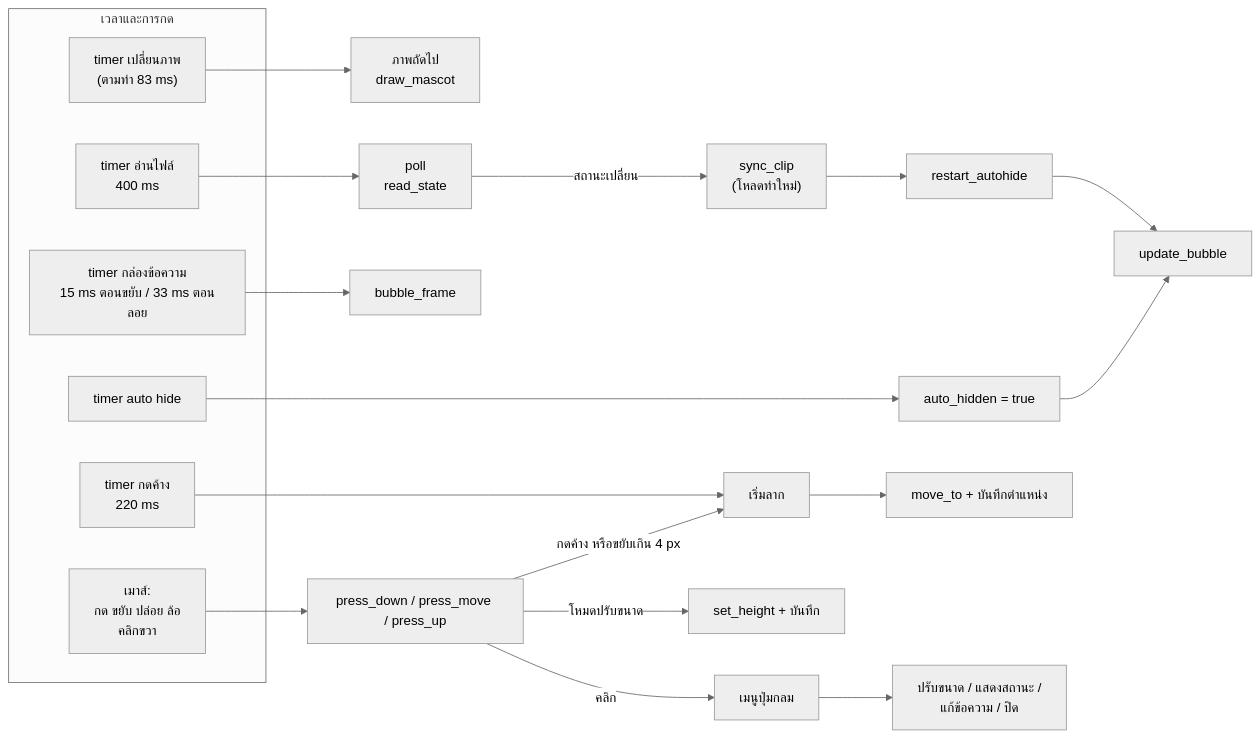
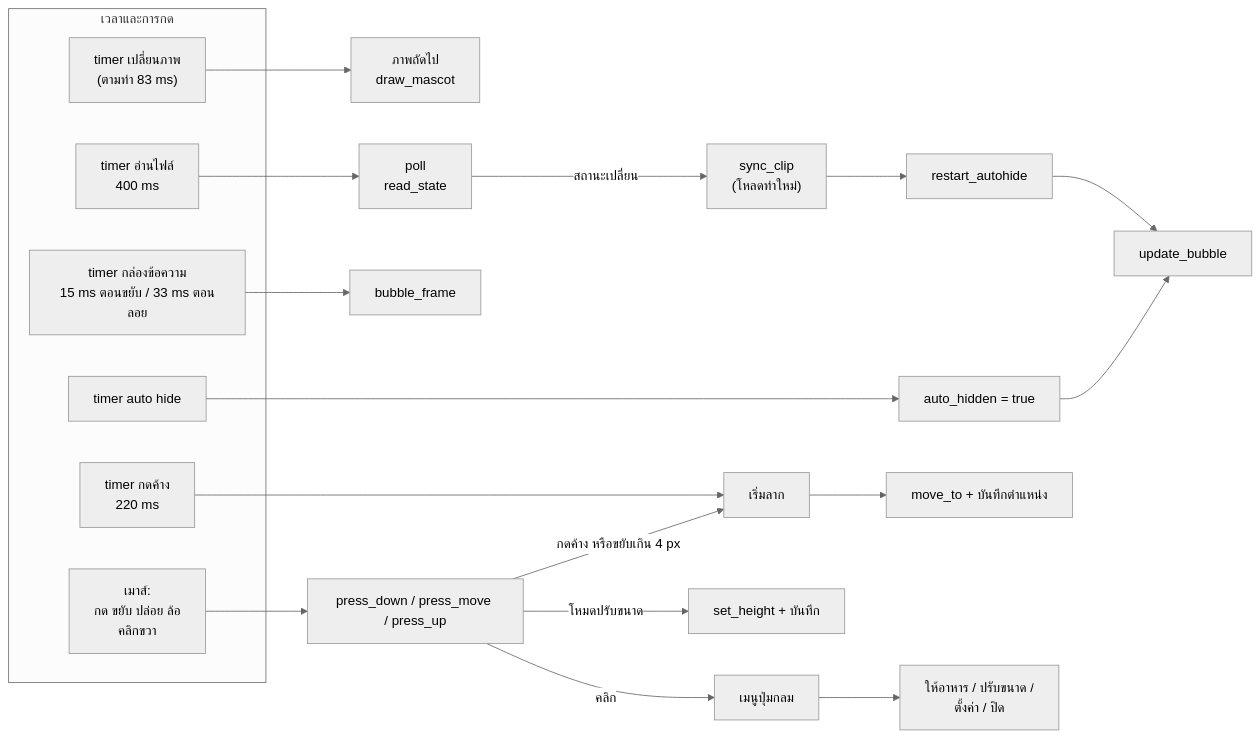
The fourth of 7 diagrams in docs/th/architecture.md (thanachaiakt/ai-mascot-hook), drawn with Mermaid (neutral theme) before and after one commit. The commit also changed other lines of this file and 40 other files, not shown here.

````diff
--- a/docs/th/architecture.md
+++ b/docs/th/architecture.md
@@ -134,24 +137,24 @@
 ```mermaid
 flowchart LR
     subgraph sources["เวลาและการกด"]
         t1["timer เปลี่ยนภาพ<br/>(ตามท่า 83 ms)"]
         t2["timer อ่านไฟล์<br/>400 ms"]
         t3["timer กล่องข้อความ<br/>15 ms ตอนขยับ / 33 ms ตอนลอย"]
         t4["timer auto hide"]
         t5["timer กดค้าง<br/>220 ms"]
         mouse["เมาส์:<br/>กด ขยับ ปล่อย ล้อ<br/>คลิกขวา"]
     end
 
     t1 --> fr["ภาพถัดไป<br/>draw_mascot"]
     t2 --> poll["poll<br/>read_state"]
     poll -- "สถานะเปลี่ยน" --> sync["sync_clip<br/>(โหลดท่าใหม่)"] --> rah["restart_autohide"]
     rah --> ub["update_bubble"]
     t3 --> bf["bubble_frame"]
     t4 --> hide["auto_hidden = true"] --> ub
     t5 --> drag["เริ่มลาก"]
     mouse --> press["press_down / press_move / press_up"]
     press -- "กดค้าง หรือขยับเกิน 4 px" --> drag --> mv["move_to + บันทึกตำแหน่ง"]
     press -- "คลิก" --> menu["เมนูปุ่มกลม"]
     press -- "โหมดปรับขนาด" --> rs["set_height + บันทึก"]
-    menu --> act["ปรับขนาด / แสดงสถานะ /<br/>แก้ข้อความ / ปิด"]
+    menu --> act["ให้อาหาร / ปรับขนาด /<br/>ตั้งค่า / ปิด"]
 ```
````
